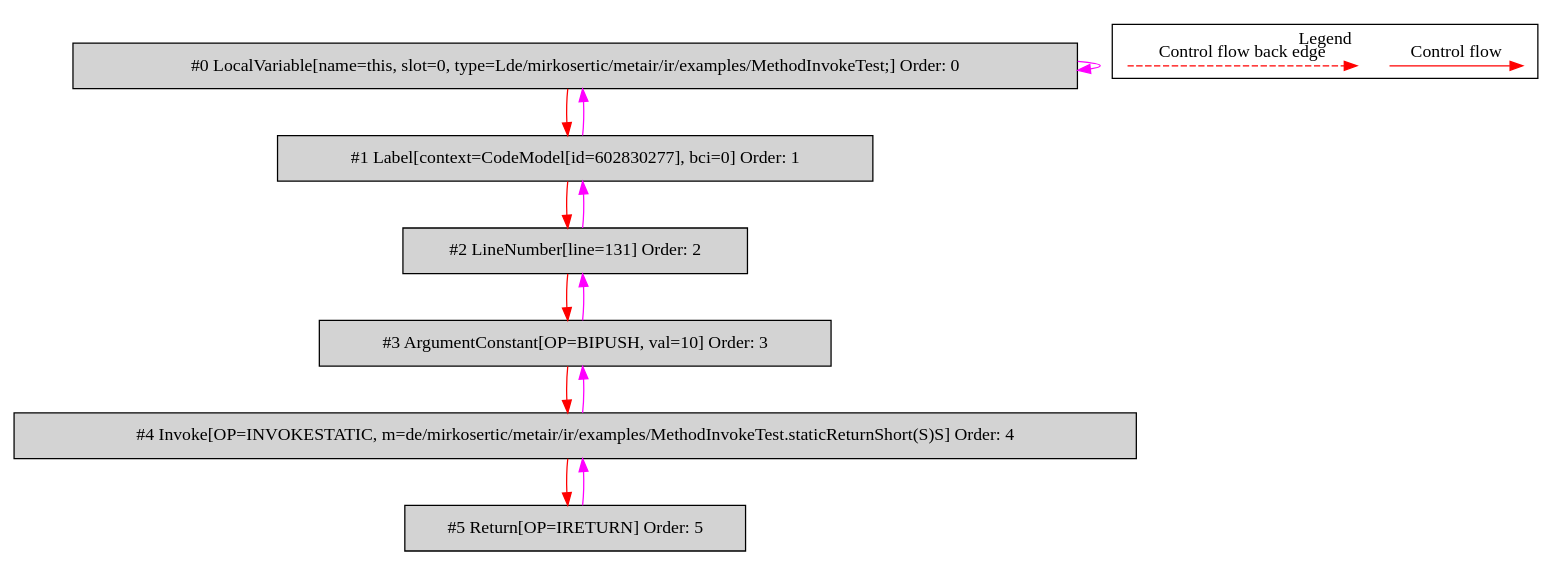
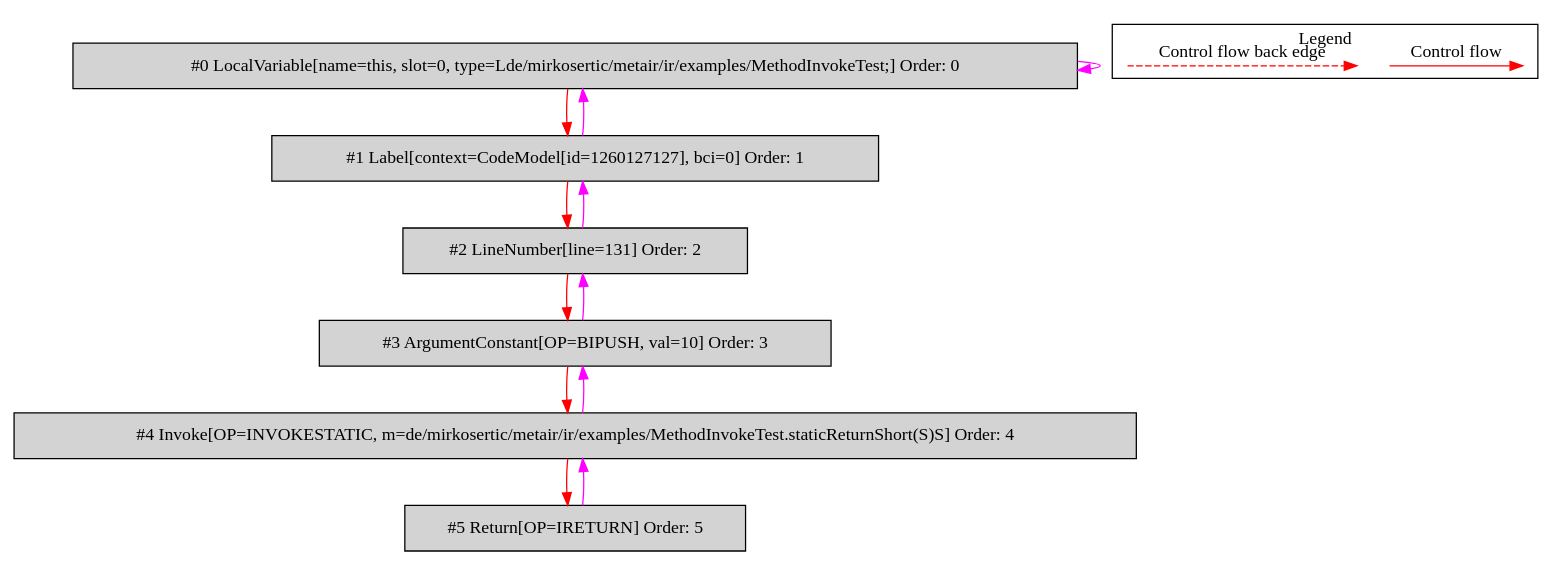
Before and after one commit to mirkosertic/MetaIR: the diagram in de.mirkosertic.metair.ir.examples.MethodInvokeTest/returnShort/bytecodecfg.dot, drawn with Graphviz. The commit also changed 433 other files, not shown here.

```diff
--- a/de.mirkosertic.metair.ir.examples.MethodInvokeTest/returnShort/bytecodecfg.dot
+++ b/de.mirkosertic.metair.ir.examples.MethodInvokeTest/returnShort/bytecodecfg.dot
@@ -1,34 +1,34 @@
 digraph {
  ordering="in";
  node0[label="#0 LocalVariable[name=this, slot=0, type=Lde/mirkosertic/metair/ir/examples/MethodInvokeTest;] Order: 0", shape=box, fillcolor=lightgrey, style=filled];
- node1[label="#1 Label[context=CodeModel[id=602830277], bci=0] Order: 1", shape=box, fillcolor=lightgrey, style=filled];
+ node1[label="#1 Label[context=CodeModel[id=1260127127], bci=0] Order: 1", shape=box, fillcolor=lightgrey, style=filled];
  node2[label="#2 LineNumber[line=131] Order: 2", shape=box, fillcolor=lightgrey, style=filled];
  node3[label="#3 ArgumentConstant[OP=BIPUSH, val=10] Order: 3", shape=box, fillcolor=lightgrey, style=filled];
  node4[label="#4 Invoke[OP=INVOKESTATIC, m=de/mirkosertic/metair/ir/examples/MethodInvokeTest.staticReturnShort(S)S] Order: 4", shape=box, fillcolor=lightgrey, style=filled];
  node5[label="#5 Return[OP=IRETURN] Order: 5", shape=box, fillcolor=lightgrey, style=filled];
  node0 -> node0[color=fuchsia];
  node0 -> node1[color=red];
  node1 -> node0[color=fuchsia];
  node1 -> node2[color=red];
  node2 -> node1[color=fuchsia];
  node2 -> node3[color=red];
  node3 -> node2[color=fuchsia];
  node3 -> node4[color=red];
  node4 -> node3[color=fuchsia];
  node4 -> node5[color=red];
  node5 -> node4[color=fuchsia];
  subgraph cluster_000 {
   label = "Legend";
   node [shape=point]
   {
    rank=same;
    c0 [style = invis];
    c1 [style = invis];
    c2 [style = invis];
    c3 [style = invis];
   }
   c0 -> c1 [label="Control flow", style=solid, color=red]
   c2 -> c3 [label="Control flow back edge", style=dashed, color=red]
  }
 
 }
```
